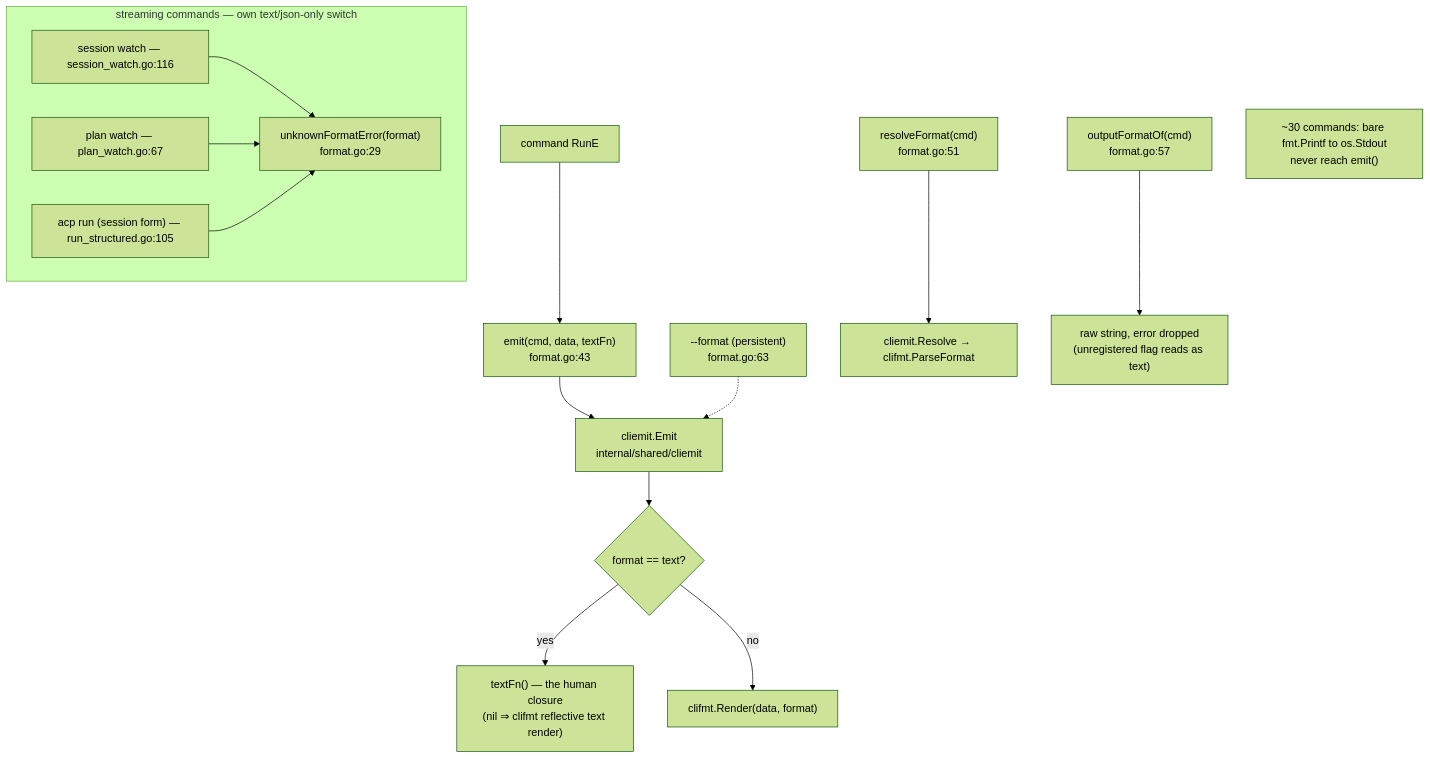
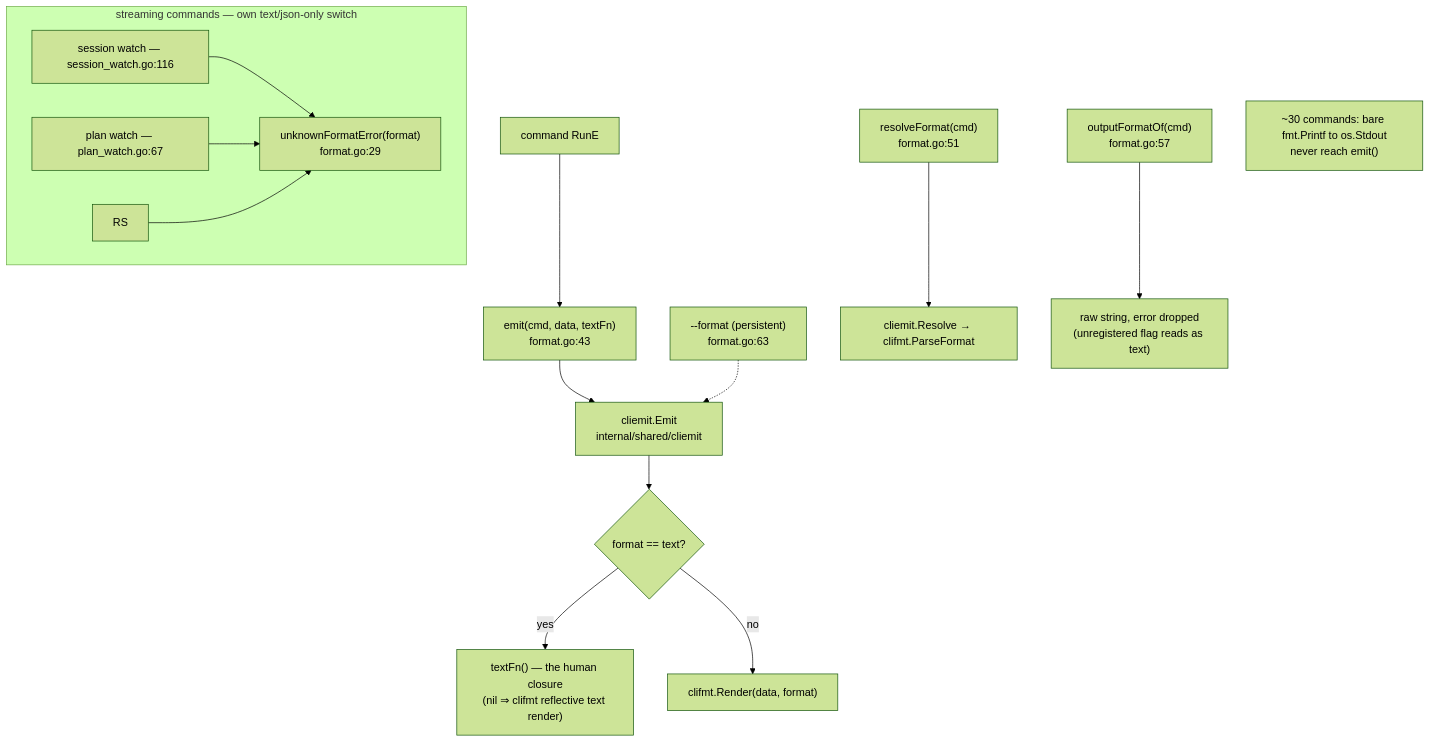
Before and after one commit to ctxloom/ctxloom: the diagram in docs/architecture/cli/output-and-format.md, drawn with Mermaid (forest theme). The commit also changed other lines of this file and 86 other files, not shown here.

````diff
--- a/docs/architecture/cli/output-and-format.md
+++ b/docs/architecture/cli/output-and-format.md
@@ -14,25 +14,24 @@
 ```mermaid
 flowchart TD
     FLAG["--format (persistent)<br/>format.go:63"]
     RUNE["command RunE"] --> EMIT["emit(cmd, data, textFn)<br/>format.go:43"]
     EMIT --> CE["cliemit.Emit<br/>internal/shared/cliemit"]
     CE --> Q{"format == text?"}
     Q -->|yes| TXT["textFn() — the human closure<br/>(nil ⇒ clifmt reflective text render)"]
     Q -->|no| REN["clifmt.Render(data, format)"]
     FLAG -.-> CE
 
     RF["resolveFormat(cmd)<br/>format.go:51"] --> CR["cliemit.Resolve → clifmt.ParseFormat"]
     OF["outputFormatOf(cmd)<br/>format.go:57"] --> RAW["raw string, error dropped<br/>(unregistered flag reads as text)"]
 
     subgraph streaming["streaming commands — own text/json-only switch"]
         SW["session watch — session_watch.go:116"]
         PW["plan watch — plan_watch.go:67"]
-        RS["acp run (session form) — run_structured.go:105"]
         UFE["unknownFormatError(format)<br/>format.go:29"]
         SW --> UFE
         PW --> UFE
         RS --> UFE
     end
 
     BYPASS["~30 commands: bare fmt.Printf to os.Stdout<br/>never reach emit()"]
 ```
````
